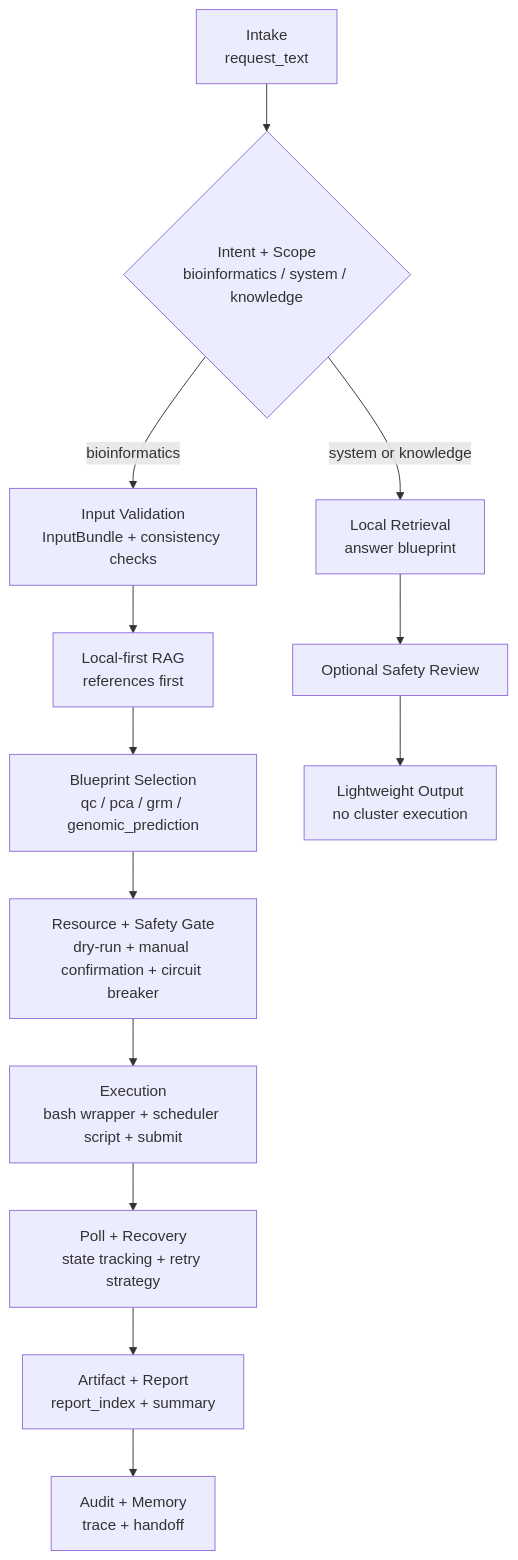
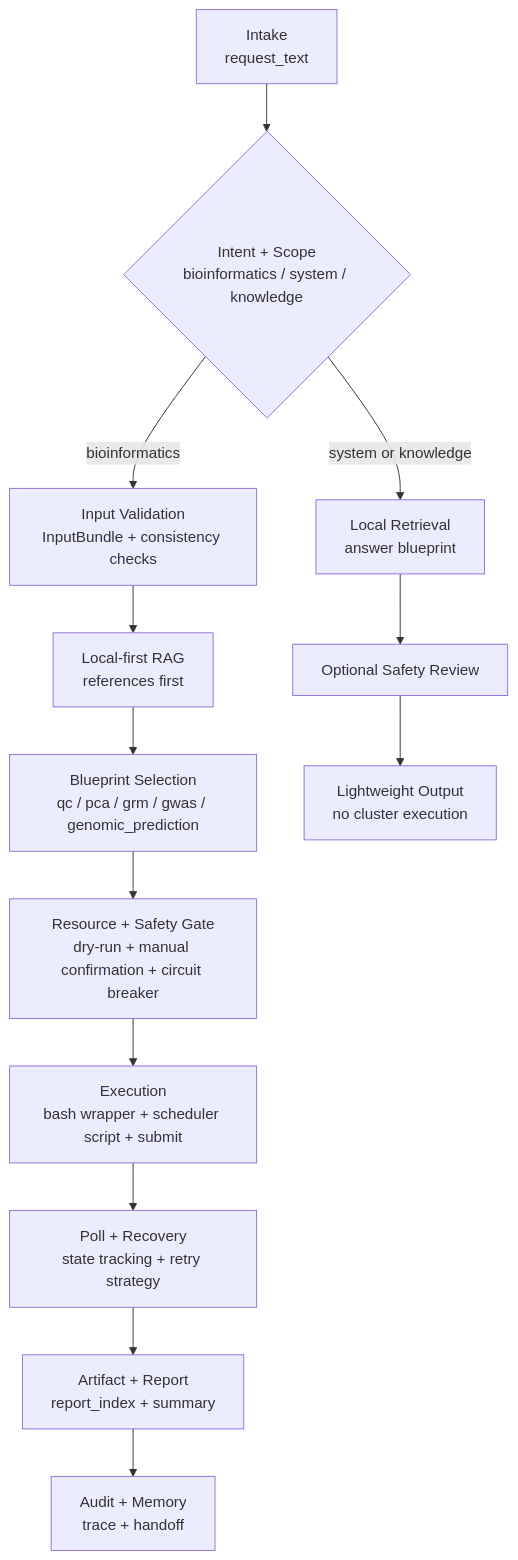
One commit to baix8576-png/breeding-agent changed the second of 2 diagrams in README.md. Above: the diagram before and after it, drawn with Mermaid. The commit also changed other lines of this file and 161 other files, not shown here.

````diff
--- a/README.md
+++ b/README.md
@@ -88,17 +91,17 @@
 ```mermaid
 flowchart TD
     I["Intake\nrequest_text"] --> D{"Intent + Scope\nbioinformatics / system / knowledge"}
 
     D -->|bioinformatics| B1["Input Validation\nInputBundle + consistency checks"]
     B1 --> B2["Local-first RAG\nreferences first"]
-    B2 --> B3["Blueprint Selection\nqc / pca / grm / genomic_prediction"]
+    B2 --> B3["Blueprint Selection\nqc / pca / grm / gwas / genomic_prediction"]
     B3 --> B4["Resource + Safety Gate\ndry-run + manual confirmation + circuit breaker"]
     B4 --> B5["Execution\nbash wrapper + scheduler script + submit"]
     B5 --> B6["Poll + Recovery\nstate tracking + retry strategy"]
     B6 --> B7["Artifact + Report\nreport_index + summary"]
     B7 --> B8["Audit + Memory\ntrace + handoff"]
 
     D -->|system or knowledge| N1["Local Retrieval\nanswer blueprint"]
     N1 --> N2["Optional Safety Review"]
     N2 --> N3["Lightweight Output\nno cluster execution"]
 ```
````
